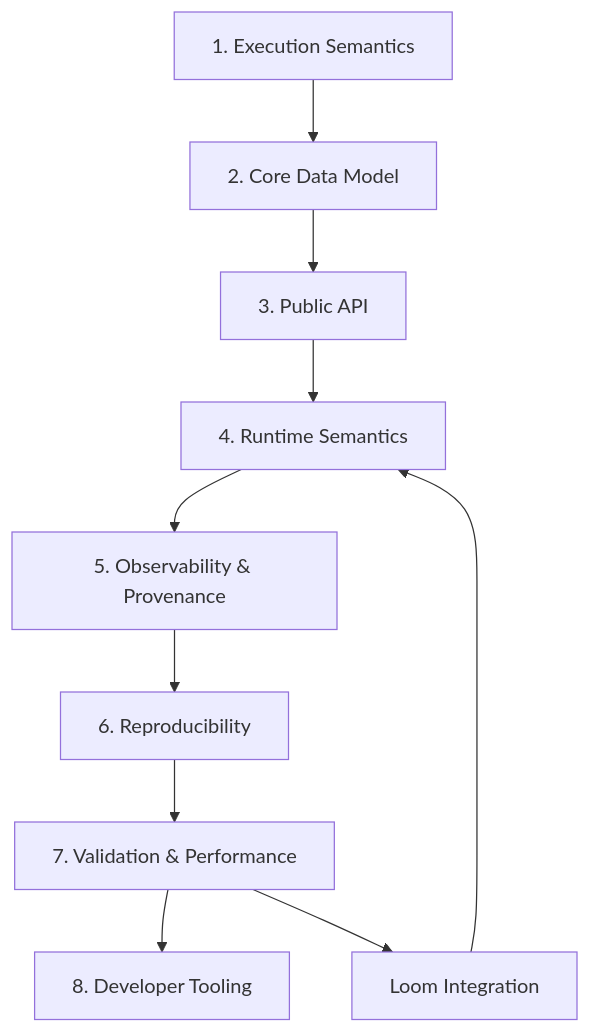
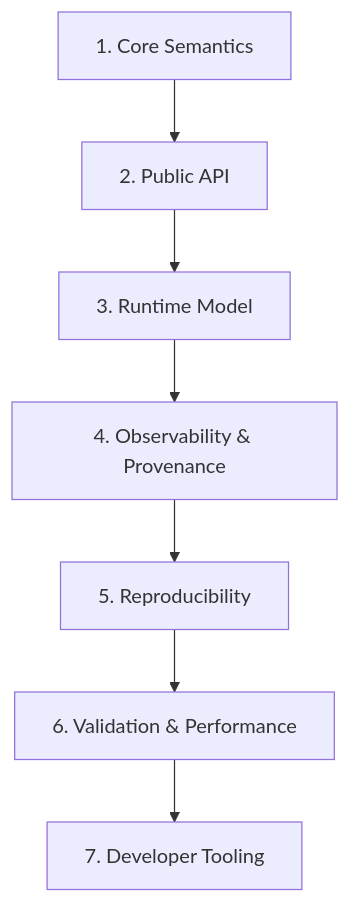
One commit to aam-cloudsky/Reed changed the first of 13 diagrams in roadmap.md. Above: the diagram before and after it, drawn with Mermaid. The commit also changed other lines of this file, not shown here.

First line of the commit message:
Revise Reed Architectural Roadmap for clarity and structure

````diff
--- a/roadmap.md
+++ b/roadmap.md
@@ -27,13 +21,9 @@
 ```mermaid
 flowchart TD
-    A["1. Execution Semantics"] --> B["2. Core Data Model"]
-    B --> C["3. Public API"]
-    C --> D["4. Runtime Semantics"]
-    D --> E["5. Observability & Provenance"]
-    E --> F["6. Reproducibility"]
-    F --> G["7. Validation & Performance"]
-    G --> H["8. Developer Tooling"]
-
-    G --> I["Loom Integration"]
-    I --> D
+    A["1. Core Semantics"] --> B["2. Public API"]
+    B --> C["3. Runtime Model"]
+    C --> D["4. Observability & Provenance"]
+    D --> E["5. Reproducibility"]
+    E --> F["6. Validation & Performance"]
+    F --> G["7. Developer Tooling"]
 ```
````
